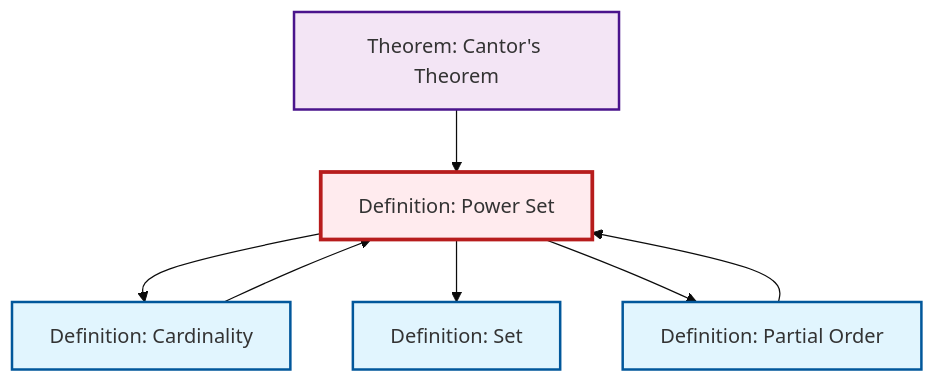
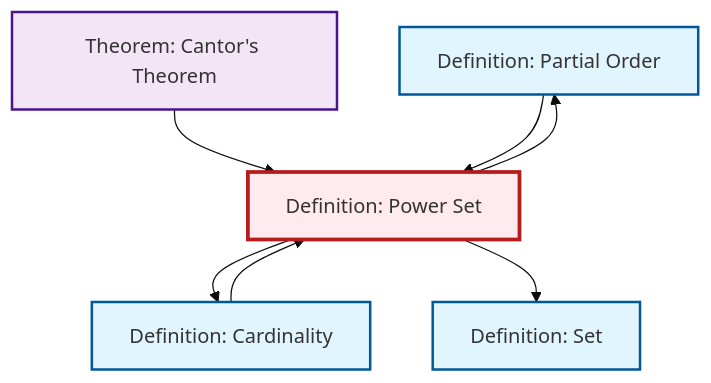
Before and after one commit to RK0429/ModernMath: the second of 2 diagrams in content/ja/logic-set-theory/def-power-set.qmd, drawn with Mermaid (base theme). The commit also changed other lines of this file and 597 other files, not shown here.

````diff
--- a/content/ja/logic-set-theory/def-power-set.qmd
+++ b/content/ja/logic-set-theory/def-power-set.qmd
@@ -70,25 +70,25 @@
 ```{mermaid}
 %%| fig-cap: "Local dependency graph"
 graph TD
     classDef definition fill:#e1f5fe,stroke:#01579b,stroke-width:2px
     classDef theorem fill:#f3e5f5,stroke:#4a148c,stroke-width:2px
     classDef axiom fill:#fff3e0,stroke:#e65100,stroke-width:2px
     classDef example fill:#e8f5e9,stroke:#1b5e20,stroke-width:2px
     classDef current fill:#ffebee,stroke:#b71c1c,stroke-width:3px
-    thm-cantor["Theorem: Cantor's Theorem"]:::theorem
     def-partial-order["Definition: Partial Order"]:::definition
-    def-power-set["Definition: Power Set"]:::definition
     def-cardinality["Definition: Cardinality"]:::definition
     def-set["Definition: Set"]:::definition
-    def-cardinality --> def-power-set
+    thm-cantor["Theorem: Cantor's Theorem"]:::theorem
+    def-power-set["Definition: Power Set"]:::definition
     thm-cantor --> def-power-set
     def-power-set --> def-cardinality
-    def-power-set --> def-set
     def-power-set --> def-partial-order
     def-partial-order --> def-power-set
+    def-cardinality --> def-power-set
+    def-power-set --> def-set
     class def-power-set current
-    click thm-cantor "thm-cantor.html" "Theorem: Cantor's Theoremへ"
     click def-partial-order "def-partial-order.html" "Definition: Partial Orderへ"
     click def-cardinality "def-cardinality.html" "Definition: Cardinalityへ"
     click def-set "def-set.html" "Definition: Setへ"
+    click thm-cantor "thm-cantor.html" "Theorem: Cantor's Theoremへ"
 ```
````
